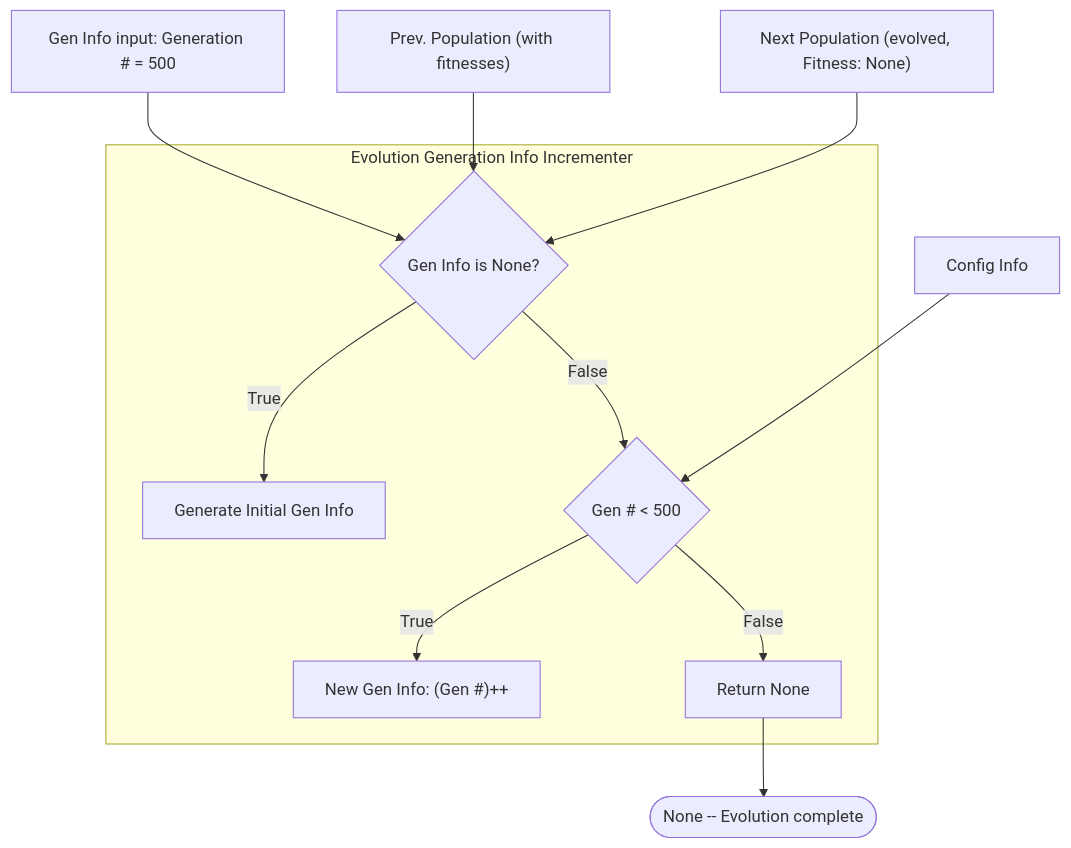
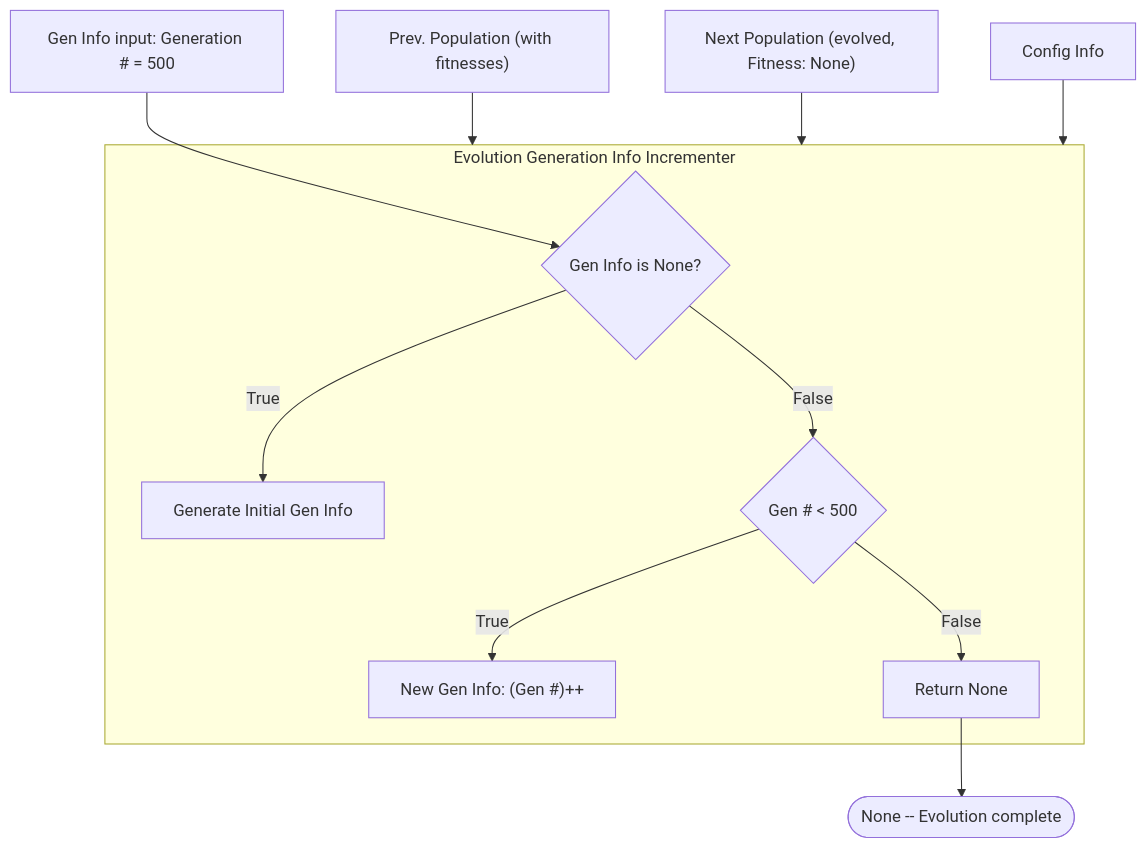
One commit to evolvablehardware/BitstreamEvolution changed diagram 22 of 22 in docs/sphinx/source/architecture/index.rst. Above: the diagram before and after it, drawn with Mermaid. The commit also changed other lines of this file and 28 other files, not shown here.

```diff
--- a/docs/sphinx/source/architecture/index.rst
+++ b/docs/sphinx/source/architecture/index.rst
@@ -537,23 +617,23 @@
 .. mermaid::
 
    flowchart TD
        geninfoin11["Gen Info input: Generation # = 500"]
        prevpop11["Prev. Population (with fitnesses)"]
        nextpop11["Next Population (evolved, Fitness: None)"]
        config11["Config Info"]
        subgraph Incr11["Evolution Generation Info Incrementer"]
            isnone11{"Gen Info is None?"}
            initgen11["Generate Initial Gen Info"]
            genchk11{"Gen # < 500"}
            increment11["New Gen Info: (Gen #)++"]
            retnone11["Return None"]
            isnone11 -->|"True"| initgen11
            isnone11 -->|"False"| genchk11
            genchk11 -->|"True"| increment11
            genchk11 -->|"False"| retnone11
        end
        geninfoin11 --> isnone11
-       prevpop11 --> isnone11
-       nextpop11 --> isnone11
-       config11 --> genchk11
+       prevpop11 --> Incr11
+       nextpop11 --> Incr11
+       config11 --> Incr11
        retnone11 --> out11(["None -- Evolution complete"])
```
